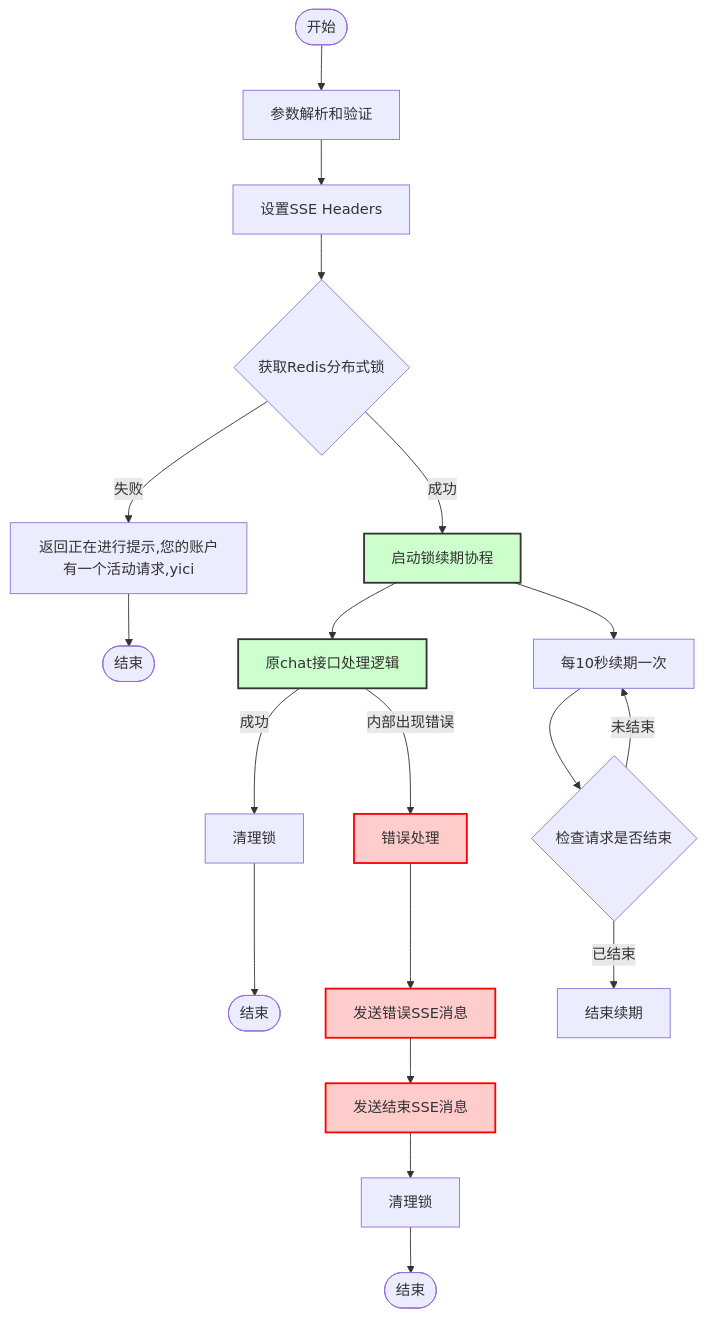
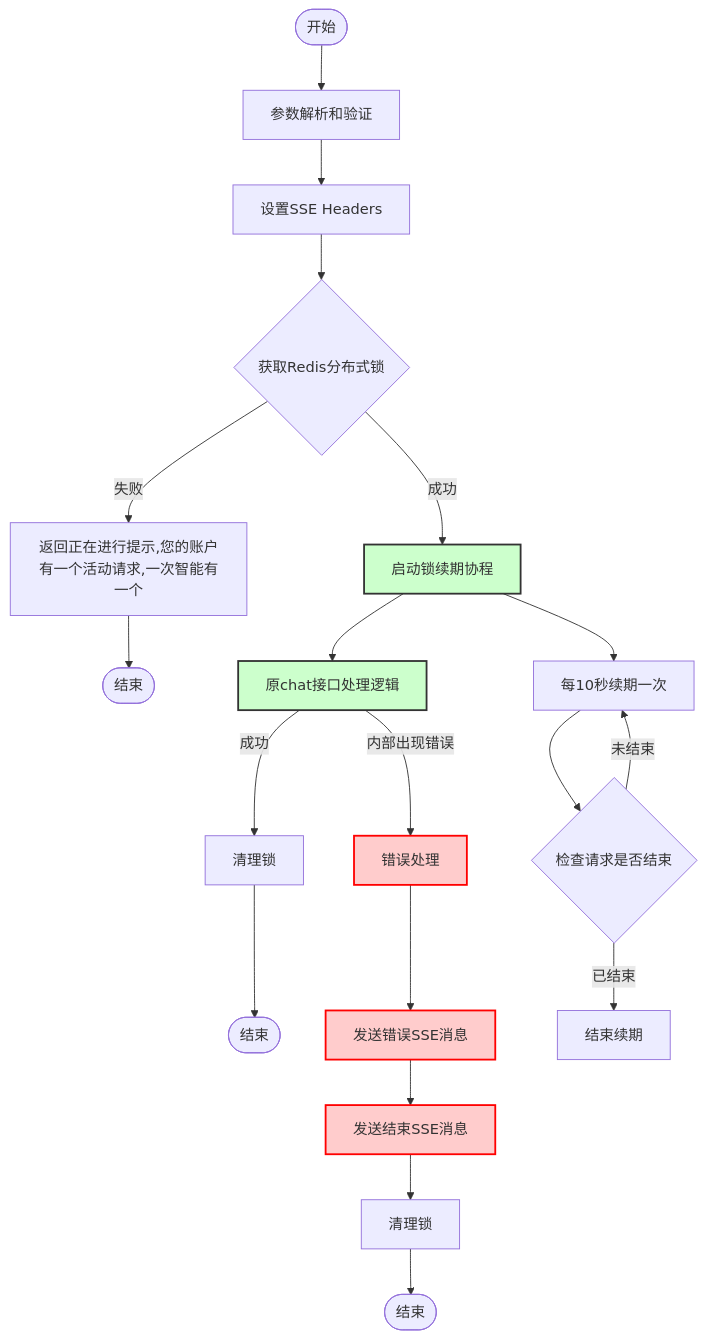
The diagram in all/未命名-15.md (yingjianzh/iodraw-files), drawn with Mermaid before and after one commit.

Commit message:
2025-01-02 17:47:43 update

````diff
--- a/all/未命名-15.md
+++ b/all/未命名-15.md
@@ -1,34 +1,34 @@
 ```mermaid
 flowchart TD
     Start([开始]) --> A[参数解析和验证]
     A --> B[设置SSE Headers]
     B --> C{获取Redis分布式锁}
     
-    C -->|失败| D[返回正在进行提示,您的账户有一个活动请求,yici ]
+    C -->|失败| D[返回正在进行提示,您的账户有一个活动请求,一次智能有一个]
     D --> End1([结束])
     
     C -->|成功| E[启动锁续期协程]
     E --> F[原chat接口处理逻辑]
     
     F -->|内部出现错误| G[错误处理]
      %% 正常结束流程
     F -->|成功| N[清理锁]
     N --> End3([结束])
     
     %% 错误处理流程
     G --> K[发送错误SSE消息]
     K --> L[发送结束SSE消息]
     L --> M[清理锁]
     M --> End2([结束])
     
     %% 锁续期协程
     E --> O[每10秒续期一次]
     O --> P{检查请求是否结束}
     P -->|未结束| O
     P -->|已结束| Q[结束续期]
     
     classDef error fill:#ffcccc,stroke:#ff0000,stroke-width:2px
     classDef normal fill:#ccffcc,stroke:#333,stroke-width:2px
     class G,K,L error
     class E,F,I,J normal
 ```
````
